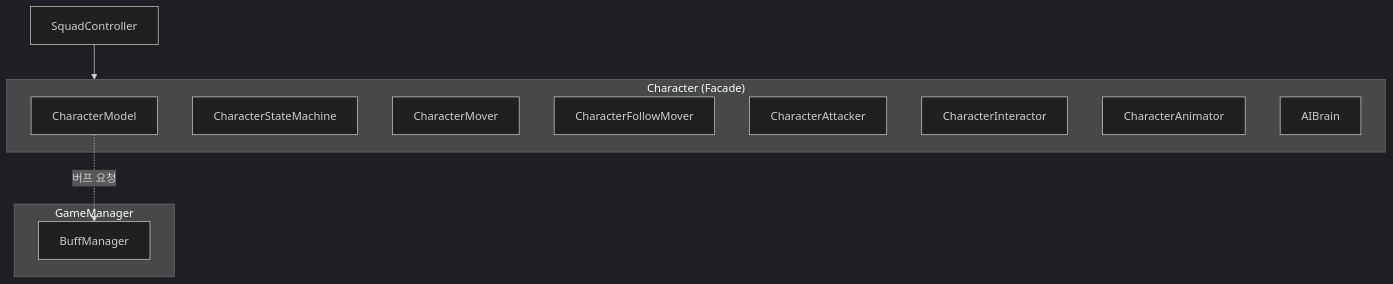
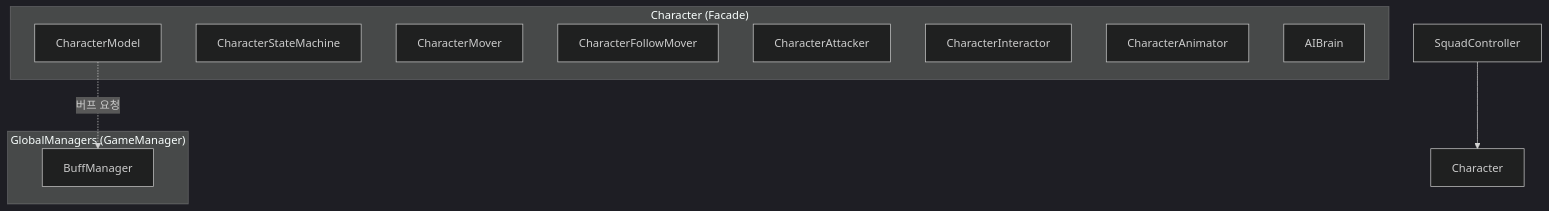
One commit to ProgramingLanguageStudy/Project-Starfall changed the tenth of 16 diagrams in README.md. Above: the diagram before and after it, drawn with Mermaid (dark theme). The commit also changed other lines of this file, not shown here.

````diff
--- a/README.md
+++ b/README.md
@@ -516,21 +516,20 @@
 ```mermaid
 flowchart TB
-    subgraph GlobalManagers["GameManager"]
-        BuffManager
+    subgraph "GlobalManagers (GameManager)"
+        BuffManager["BuffManager"]
     end
 
-    subgraph Character["Character (Facade)"]
+    subgraph "Character (Facade)"
         Model["CharacterModel"]
         StateMachine["CharacterStateMachine"]
         Mover["CharacterMover"]
         FollowMover["CharacterFollowMover"]
         Attacker["CharacterAttacker"]
         Interactor["CharacterInteractor"]
         Animator["CharacterAnimator"]
         AIBrain["AIBrain"]
     end
 
-    Squad["SquadController"]
-    Squad --> Character
-    Model -.->|버프 요청| BuffManager
+    Squad["SquadController"] --> Character
+    Model -.->|"버프 요청"| BuffManager
 ```
````
